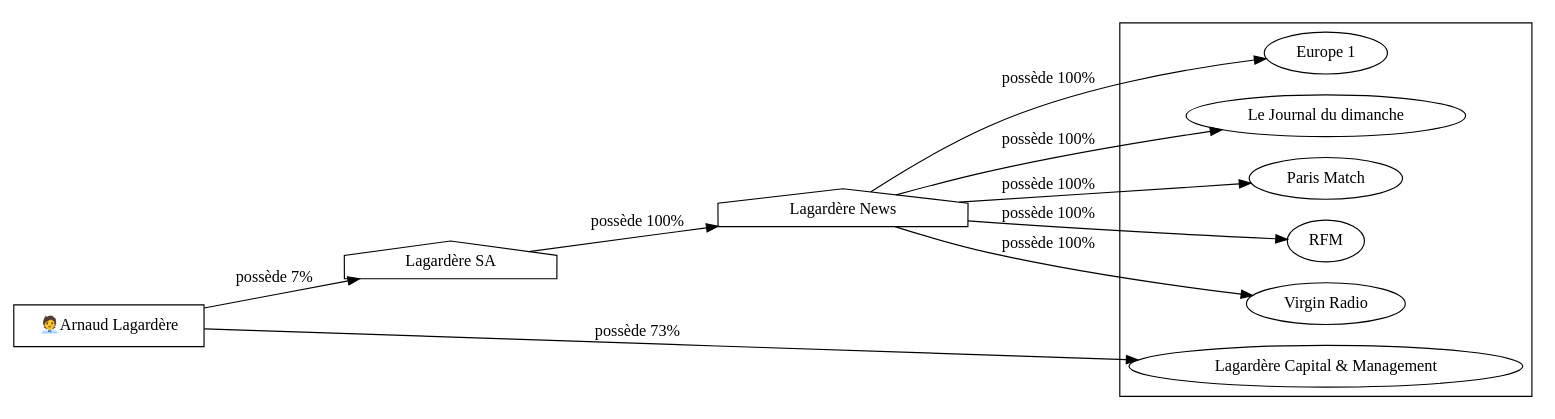
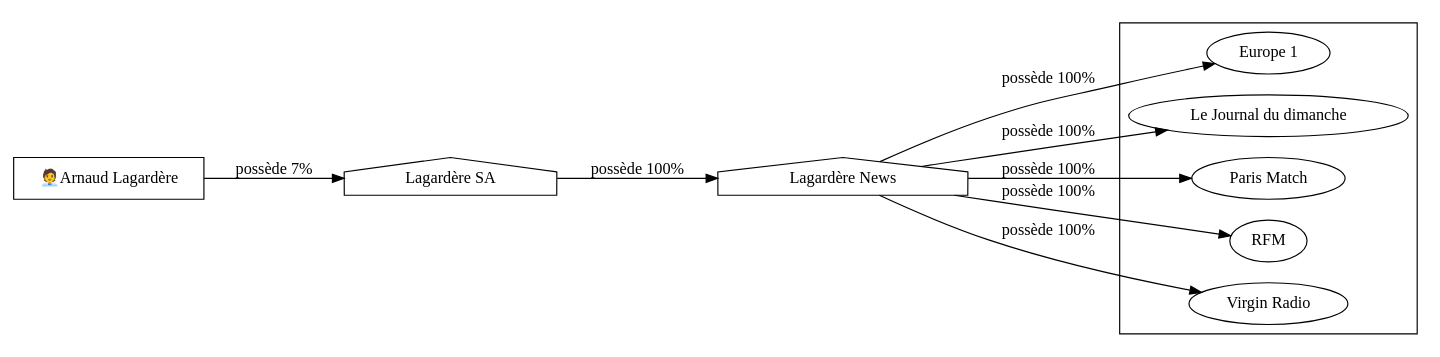
The diagram in 11ty_input/assets/arnaud-lagardere-67-relations-graph.dot (adipasquale/medias-wiki), drawn with Graphviz before and after one commit. The commit also changed 183 other files, not shown here.

```diff
--- a/11ty_input/assets/arnaud-lagardere-67-relations-graph.dot
+++ b/11ty_input/assets/arnaud-lagardere-67-relations-graph.dot
@@ -1,64 +1,58 @@
 digraph {
   rankdir=LR;
   subgraph roots {
     
       "arnaud-lagardere-67"[label="🧑‍💼Arnaud Lagardère" shape=box]
     
   }
 
   
     "lagardere-sa-69"[label="Lagardère SA" shape=house]
   
     "lagardere-news-70"[label="Lagardère News" shape=house]
   
 
   subgraph clusterLeaves {
     
       "europe-1-74"[label="Europe 1"]
     
       "le-journal-du-dimanche-71"[label="Le Journal du dimanche"]
     
       "paris-match-72"[label="Paris Match"]
     
       "rfm-75"[label="RFM"]
     
       "virgin-radio-76"[label="Virgin Radio"]
-    
-      "lagardere-capital-and-management-331"[label="Lagardère Capital &amp; Management"]
     
   }
 
   
     "arnaud-lagardere-67" -> "lagardere-sa-69" [
       label="possède 7%"
     ]
   
     "lagardere-sa-69" -> "lagardere-news-70" [
       label="possède 100%"
     ]
   
     "lagardere-news-70" -> "europe-1-74" [
       label="possède 100%"
     ]
   
     "lagardere-news-70" -> "le-journal-du-dimanche-71" [
       label="possède 100%"
     ]
   
     "lagardere-news-70" -> "paris-match-72" [
       label="possède 100%"
     ]
   
     "lagardere-news-70" -> "rfm-75" [
       label="possède 100%"
     ]
   
     "lagardere-news-70" -> "virgin-radio-76" [
       label="possède 100%"
     ]
   
-    "arnaud-lagardere-67" -> "lagardere-capital-and-management-331" [
-      label="possède 73%"
-    ]
-  
 }
```
